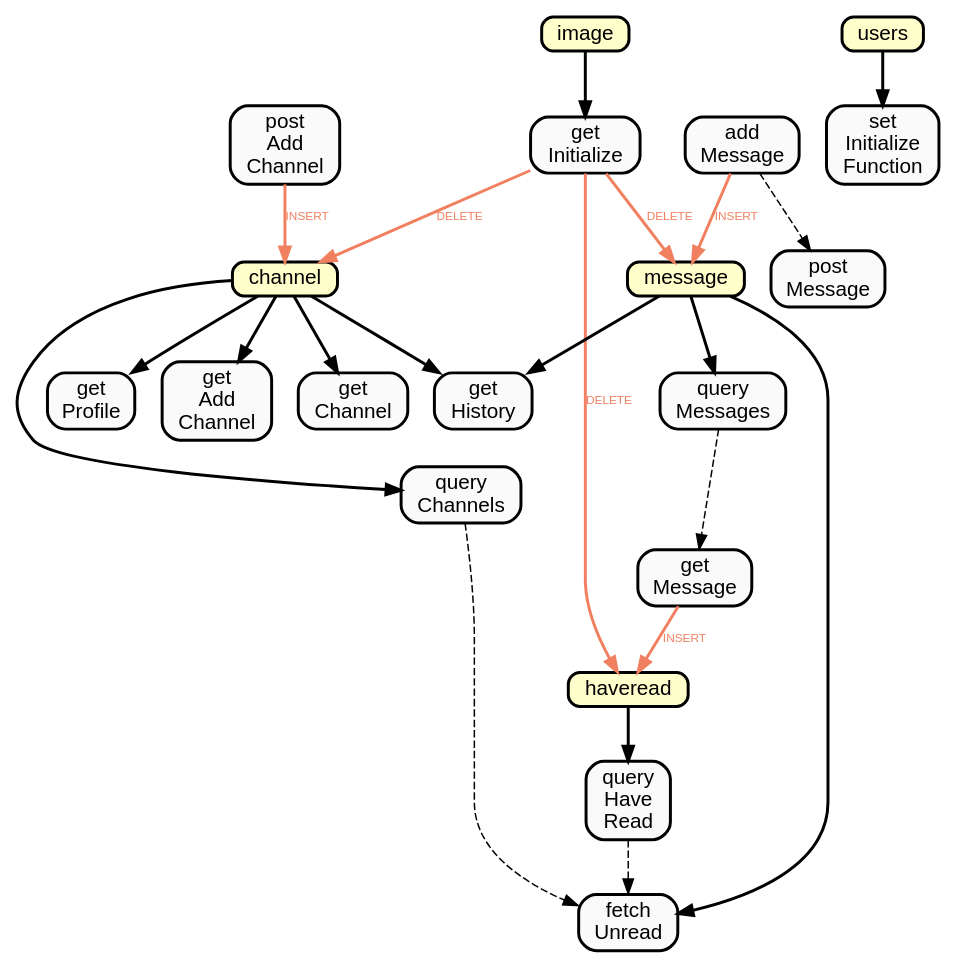
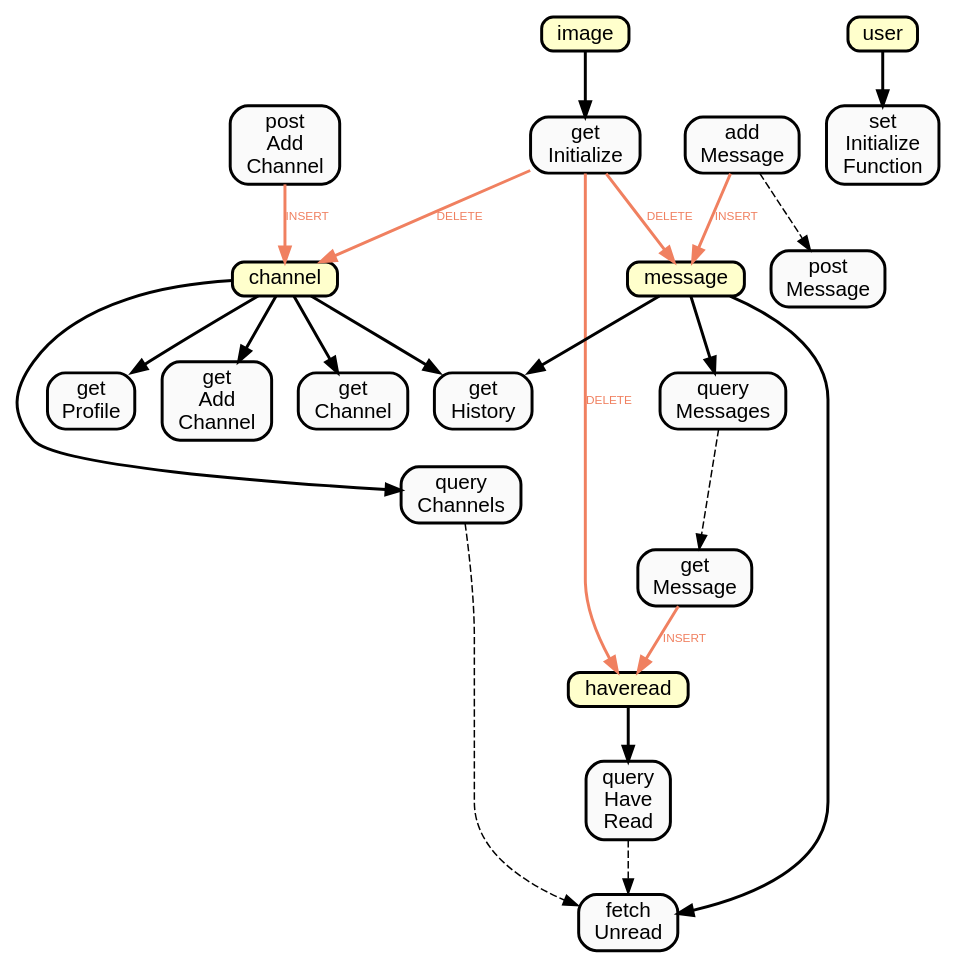
One commit to Muratam/isucon7q2019 changed the diagram in utils/sqlmap.dot. Above: the diagram before and after it, drawn with Graphviz. The commit also changed 3 other files, not shown here.

```diff
--- a/utils/sqlmap.dot
+++ b/utils/sqlmap.dot
@@ -1,109 +1,109 @@
 
     digraph  {
       layout = "dot";
       // overlap = false;
       // splines = true;
       node[
         // landscape = true,
         width = 0.2,
         height = 0.2,
         fontname = "Helvetica",
         style = "filled",
         fillcolor = "#fafafa",
         shape = box,
         style = "filled, bold, rounded"
       ];
       edge[
         len = 0.1,
         fontsize = "8",
         fontname = "Helvetica",
         style = "dashed",
     ];
       queryChannels -> fetchUnread; 
 fetchUnread[label="fetch
 Unread"];
 queryChannels[label="query
 Channels"];
 queryHaveRead -> fetchUnread; 
 fetchUnread[label="fetch
 Unread"];
 queryHaveRead[label="query
 Have
 Read"];
 queryMessages -> getMessage; 
 getMessage[label="get
 Message"];
 queryMessages[label="query
 Messages"];
 addMessage -> postMessage; 
 postMessage[label="post
 Message"];
 addMessage[label="add
 Message"];
 
-      users -> setInitializeFunction[style="bold"];
-users[label="users",shape=box, style="filled, bold, rounded", fillcolor="#ffffcc"];
+      user -> setInitializeFunction[style="bold"];
+user[label="user",shape=box, style="filled, bold, rounded", fillcolor="#ffffcc"];
 setInitializeFunction[label="set
 Initialize
 Function"];
 getInitialize -> channel[style="bold",label="DELETE",color="#f08060",fontcolor="#f08060"];
 channel[label="channel",shape=box, style="filled, bold, rounded", fillcolor="#ffffcc"];
 getInitialize -> message[style="bold",label="DELETE",color="#f08060",fontcolor="#f08060"];
 message[label="message",shape=box, style="filled, bold, rounded", fillcolor="#ffffcc"];
 getInitialize -> haveread[style="bold",label="DELETE",color="#f08060",fontcolor="#f08060"];
 haveread[label="haveread",shape=box, style="filled, bold, rounded", fillcolor="#ffffcc"];
 image -> getInitialize[style="bold"];
 image[label="image",shape=box, style="filled, bold, rounded", fillcolor="#ffffcc"];
 getInitialize[label="get
 Initialize"];
 message -> fetchUnread[style="bold"];
 message[label="message",shape=box, style="filled, bold, rounded", fillcolor="#ffffcc"];
 fetchUnread[label="fetch
 Unread"];
 message -> getHistory[style="bold"];
 message[label="message",shape=box, style="filled, bold, rounded", fillcolor="#ffffcc"];
 channel -> getHistory[style="bold"];
 channel[label="channel",shape=box, style="filled, bold, rounded", fillcolor="#ffffcc"];
 getHistory[label="get
 History"];
 channel -> getProfile[style="bold"];
 channel[label="channel",shape=box, style="filled, bold, rounded", fillcolor="#ffffcc"];
 getProfile[label="get
 Profile"];
 channel -> getAddChannel[style="bold"];
 channel[label="channel",shape=box, style="filled, bold, rounded", fillcolor="#ffffcc"];
 getAddChannel[label="get
 Add
 Channel"];
 channel -> getChannel[style="bold"];
 channel[label="channel",shape=box, style="filled, bold, rounded", fillcolor="#ffffcc"];
 getChannel[label="get
 Channel"];
 message -> queryMessages[style="bold"];
 message[label="message",shape=box, style="filled, bold, rounded", fillcolor="#ffffcc"];
 queryMessages[label="query
 Messages"];
 getMessage -> haveread[style="bold",label="INSERT",color="#f08060",fontcolor="#f08060"];
 haveread[label="haveread",shape=box, style="filled, bold, rounded", fillcolor="#ffffcc"];
 getMessage[label="get
 Message"];
 channel -> queryChannels[style="bold"];
 channel[label="channel",shape=box, style="filled, bold, rounded", fillcolor="#ffffcc"];
 queryChannels[label="query
 Channels"];
 haveread -> queryHaveRead[style="bold"];
 haveread[label="haveread",shape=box, style="filled, bold, rounded", fillcolor="#ffffcc"];
 queryHaveRead[label="query
 Have
 Read"];
 addMessage -> message[style="bold",label="INSERT",color="#f08060",fontcolor="#f08060"];
 message[label="message",shape=box, style="filled, bold, rounded", fillcolor="#ffffcc"];
 addMessage[label="add
 Message"];
 postAddChannel -> channel[style="bold",label="INSERT",color="#f08060",fontcolor="#f08060"];
 channel[label="channel",shape=box, style="filled, bold, rounded", fillcolor="#ffffcc"];
 postAddChannel[label="post
 Add
 Channel"];
 
     }
```
